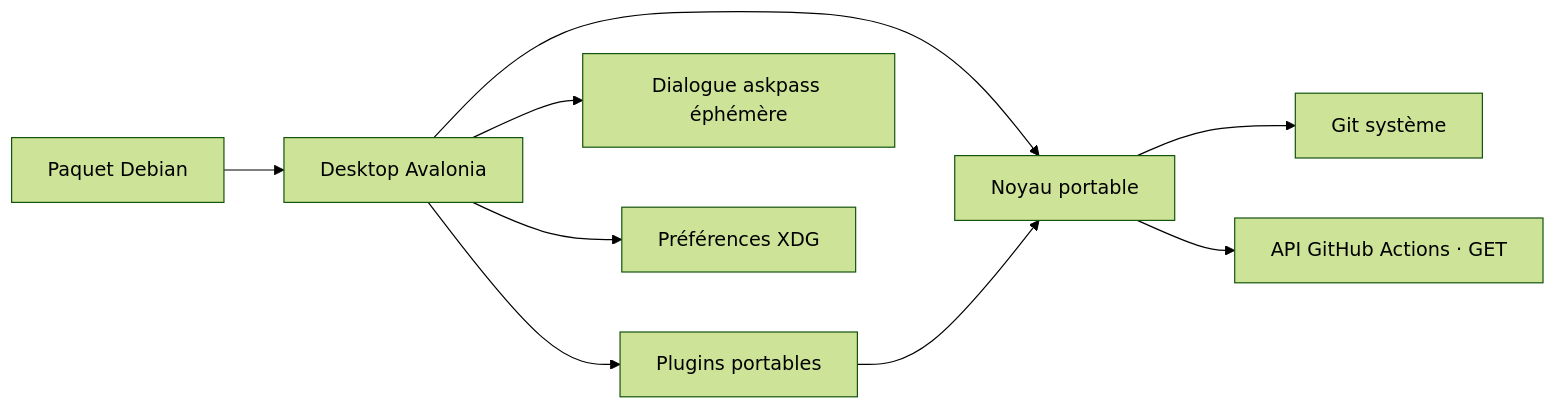
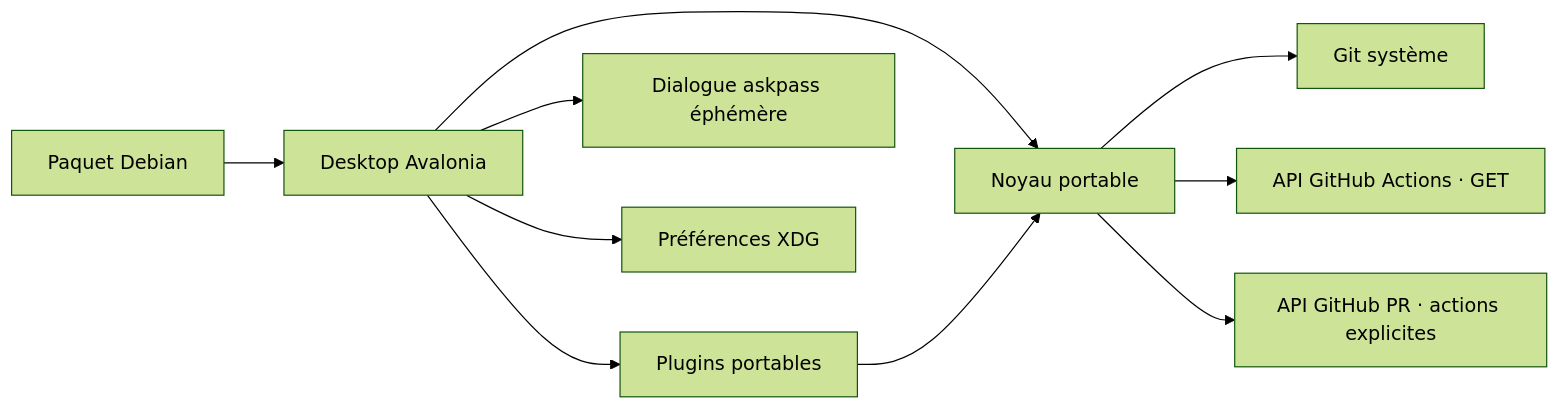
The second of 2 diagrams in .agents/docs/c4.md (Azreal42/gitextensions), drawn with Mermaid (forest theme) before and after one commit. The commit also changed other lines of this file and 9 other files, not shown here.

````diff
--- a/.agents/docs/c4.md
+++ b/.agents/docs/c4.md
@@ -19,11 +19,12 @@
 ```mermaid
 flowchart LR
   UI[Desktop Avalonia] --> CORE[Noyau portable]
   CORE --> CLI[Git système]
   CORE --> ACTIONS[API GitHub Actions · GET]
+  CORE --> HOSTING[API GitHub PR · actions explicites]
   UI --> PLUGINS[Plugins portables]
   PLUGINS --> CORE
   UI --> AUTH[Dialogue askpass éphémère]
   UI --> XDG[Préférences XDG]
   DEB[Paquet Debian] --> UI
 ```
````
